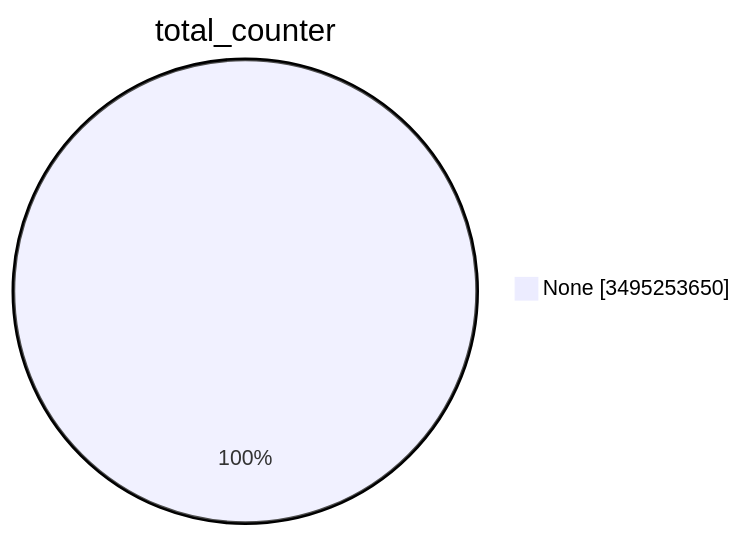
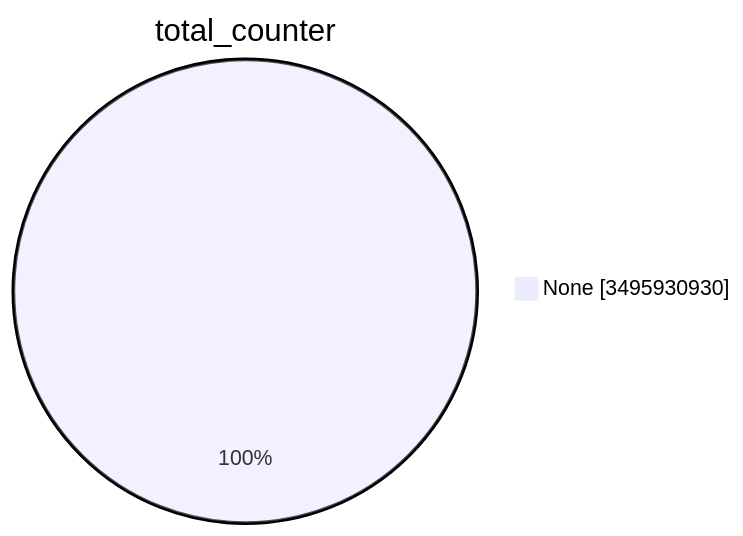
The first of 15 diagrams in TOTAL/README.md (christiankrug/ctmonitor_visualization), drawn with Mermaid before and after one commit. The commit also changed other lines of this file, not shown here.

````diff
--- a/TOTAL/README.md
+++ b/TOTAL/README.md
@@ -1,5 +1,5 @@
 ```mermaid
 pie showData
 title total_counter
-"None" :3495253650
+"None" :3495930930
 ```
````
